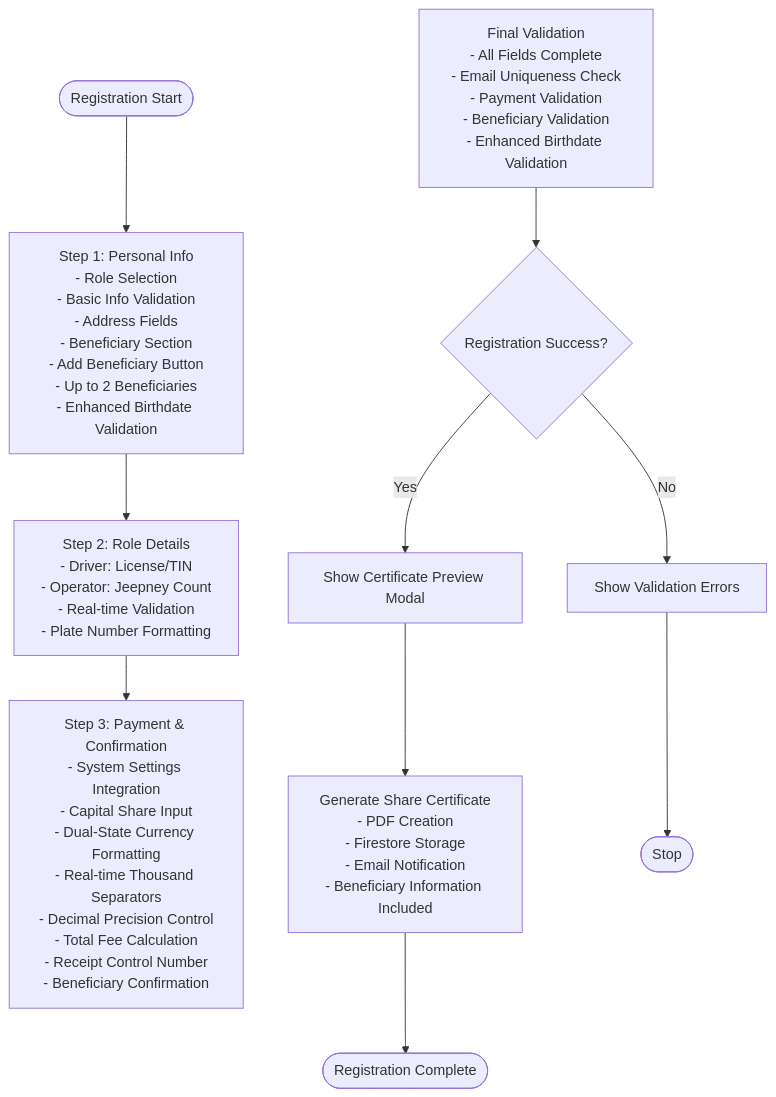
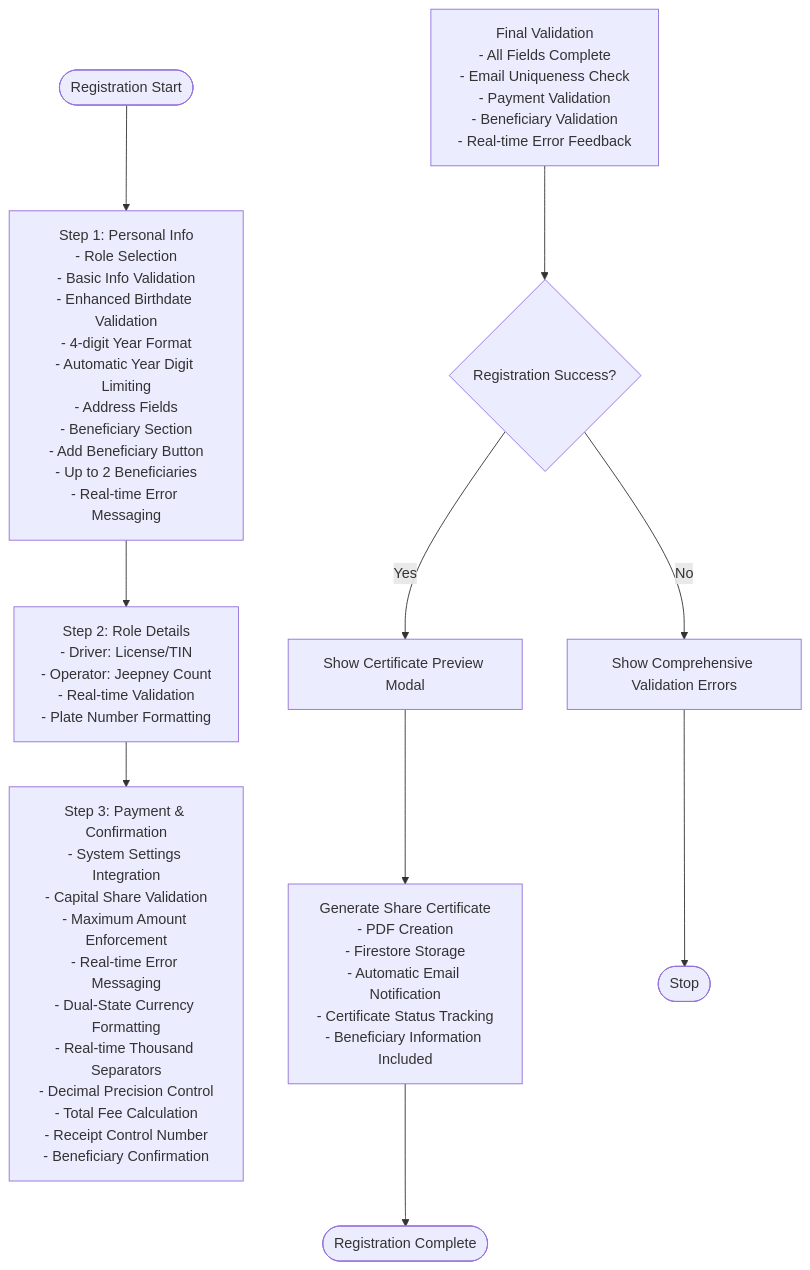
Before and after one commit to Unsure-bry/sampacoop_system: the third of 6 diagrams in .qoder/repowiki/en/content/Member Management System/Member Registration Workflow.md, drawn with Mermaid. The commit also changed other lines of this file and 3 other files, not shown here.

````diff
--- a/.qoder/repowiki/en/content/Member Management System/Member Registration Workflow.md
+++ b/.qoder/repowiki/en/content/Member Management System/Member Registration Workflow.md
@@ -282,13 +296,13 @@
 ```mermaid
 flowchart TD
-Start(["Registration Start"]) --> Step1["Step 1: Personal Info<br/>- Role Selection<br/>- Basic Info Validation<br/>- Address Fields<br/>- Beneficiary Section<br/>- Add Beneficiary Button<br/>- Up to 2 Beneficiaries<br/>- Enhanced Birthdate Validation"]
+Start(["Registration Start"]) --> Step1["Step 1: Personal Info<br/>- Role Selection<br/>- Basic Info Validation<br/>- Enhanced Birthdate Validation<br/>- 4-digit Year Format<br/>- Automatic Year Digit Limiting<br/>- Address Fields<br/>- Beneficiary Section<br/>- Add Beneficiary Button<br/>- Up to 2 Beneficiaries<br/>- Real-time Error Messaging"]
 Step1 --> Step2["Step 2: Role Details<br/>- Driver: License/TIN<br/>- Operator: Jeepney Count<br/>- Real-time Validation<br/>- Plate Number Formatting"]
-Step2 --> Step3["Step 3: Payment & Confirmation<br/>- System Settings Integration<br/>- Capital Share Input<br/>- Dual-State Currency Formatting<br/>- Real-time Thousand Separators<br/>- Decimal Precision Control<br/>- Total Fee Calculation<br/>- Receipt Control Number<br/>- Beneficiary Confirmation"]
-Validate["Final Validation<br/>- All Fields Complete<br/>- Email Uniqueness Check<br/>- Payment Validation<br/>- Beneficiary Validation<br/>- Enhanced Birthdate Validation"]
+Step2 --> Step3["Step 3: Payment & Confirmation<br/>- System Settings Integration<br/>- Capital Share Validation<br/>- Maximum Amount Enforcement<br/>- Real-time Error Messaging<br/>- Dual-State Currency Formatting<br/>- Real-time Thousand Separators<br/>- Decimal Precision Control<br/>- Total Fee Calculation<br/>- Receipt Control Number<br/>- Beneficiary Confirmation"]
+Validate["Final Validation<br/>- All Fields Complete<br/>- Email Uniqueness Check<br/>- Payment Validation<br/>- Beneficiary Validation<br/>- Real-time Error Feedback"]
 Validate --> Success{"Registration Success?"}
 Success --> |Yes| CertificatePreview["Show Certificate Preview Modal"]
-Success --> |No| ShowErrors["Show Validation Errors"]
-CertificatePreview --> GenerateCert["Generate Share Certificate<br/>- PDF Creation<br/>- Firestore Storage<br/>- Email Notification<br/>- Beneficiary Information Included"]
+Success --> |No| ShowErrors["Show Comprehensive Validation Errors"]
+CertificatePreview --> GenerateCert["Generate Share Certificate<br/>- PDF Creation<br/>- Firestore Storage<br/>- Automatic Email Notification<br/>- Certificate Status Tracking<br/>- Beneficiary Information Included"]
 GenerateCert --> Complete(["Registration Complete"])
 ShowErrors --> End(["Stop"])
 ```
````
